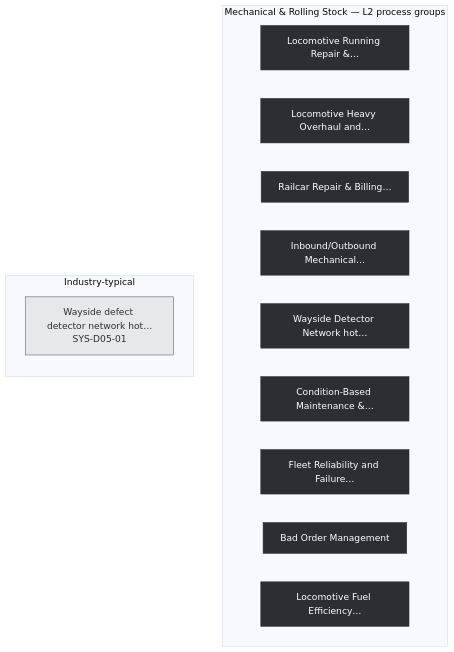
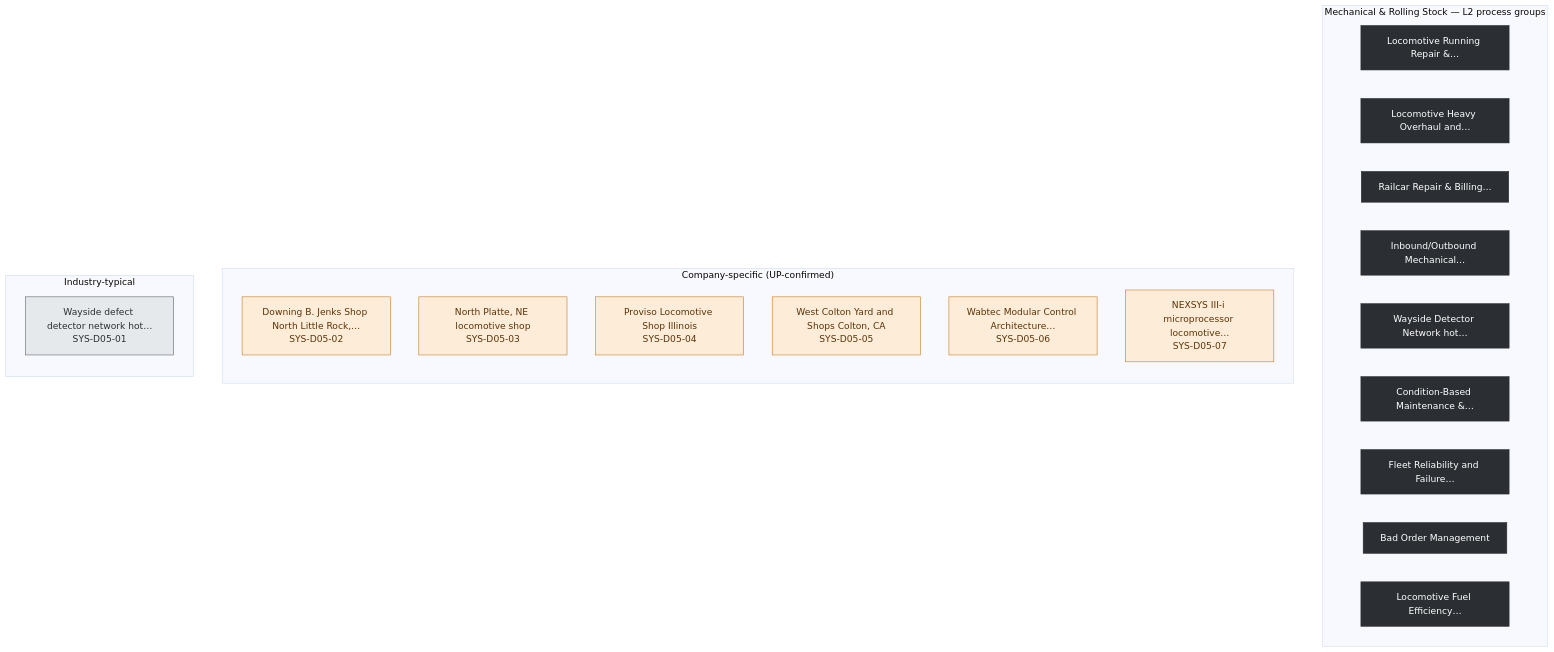
The diagram in ea-diagrams/rr-05-mechanical-rolling-stock.mmd (ghatk047/rail-wiki), drawn with Mermaid before and after one commit. The commit also changed 16 other files, not shown here.

```diff
--- a/ea-diagrams/rr-05-mechanical-rolling-stock.mmd
+++ b/ea-diagrams/rr-05-mechanical-rolling-stock.mmd
@@ -1,28 +1,37 @@
 %%{init: {'flowchart': {'curve': 'basis'}, 'theme':'base'}}%%
 flowchart TB
 
   subgraph PROCS["Mechanical & Rolling Stock — L2 process groups"]
     direction LR
     G1["Locomotive Running Repair &…"]:::l2
     G2["Locomotive Heavy Overhaul and…"]:::l2
     G3["Railcar Repair & Billing…"]:::l2
     G4["Inbound/Outbound Mechanical…"]:::l2
     G5["Wayside Detector Network hot…"]:::l2
     G6["Condition-Based Maintenance &…"]:::l2
     G7["Fleet Reliability and Failure…"]:::l2
     G8["Bad Order Management"]:::l2
     G9["Locomotive Fuel Efficiency…"]:::l2
   end
 
+  subgraph COMPANY["Company-specific (UP-confirmed)"]
+    direction TB
+    C1["Downing B. Jenks Shop North Little Rock,…\nSYS-D05-02"]:::company
+    C2["North Platte, NE locomotive shop\nSYS-D05-03"]:::company
+    C3["Proviso Locomotive Shop Illinois\nSYS-D05-04"]:::company
+    C4["West Colton Yard and Shops Colton, CA\nSYS-D05-05"]:::company
+    C5["Wabtec Modular Control Architecture…\nSYS-D05-06"]:::company
+    C6["NEXSYS III-i microprocessor locomotive…\nSYS-D05-07"]:::company
+  end
   subgraph INDUSTRY["Industry-typical"]
     direction TB
     I1["Wayside defect detector network hot…\nSYS-D05-01"]:::industry
   end
 
   %% No generated process yet cites a system in this domain -- no usage edges to draw
 
 classDef l2 fill:#2b2e33,color:#fff,stroke:#2b2e33
 classDef company fill:#fdecd8,stroke:#c8791a,color:#5a3407
 classDef industry fill:#e6e9ec,stroke:#5c5f66,color:#2b2e33
 classDef other fill:#f2f2f0,stroke:#9a9da3,color:#3d4348
 classDef empty fill:#fff4e5,stroke:#c8791a,color:#5a3407,stroke-dasharray: 4 3
```
